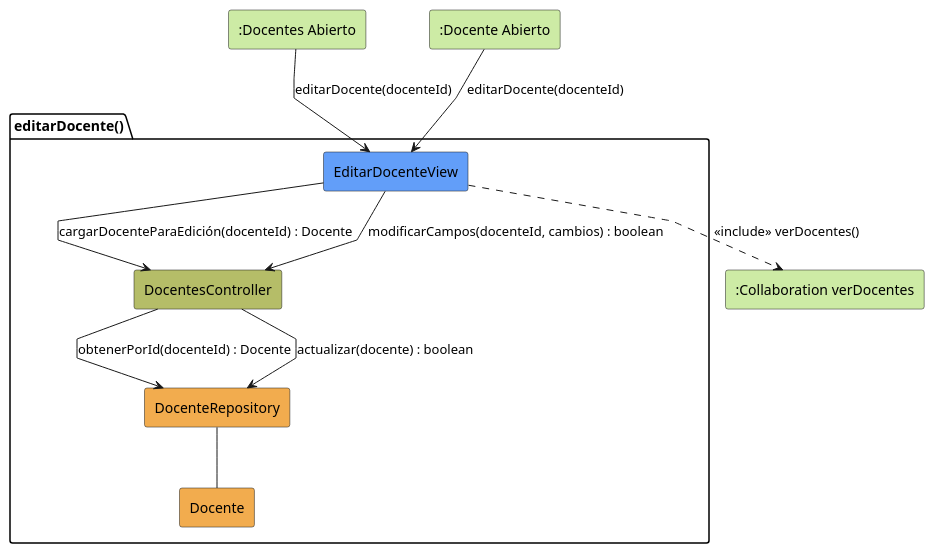
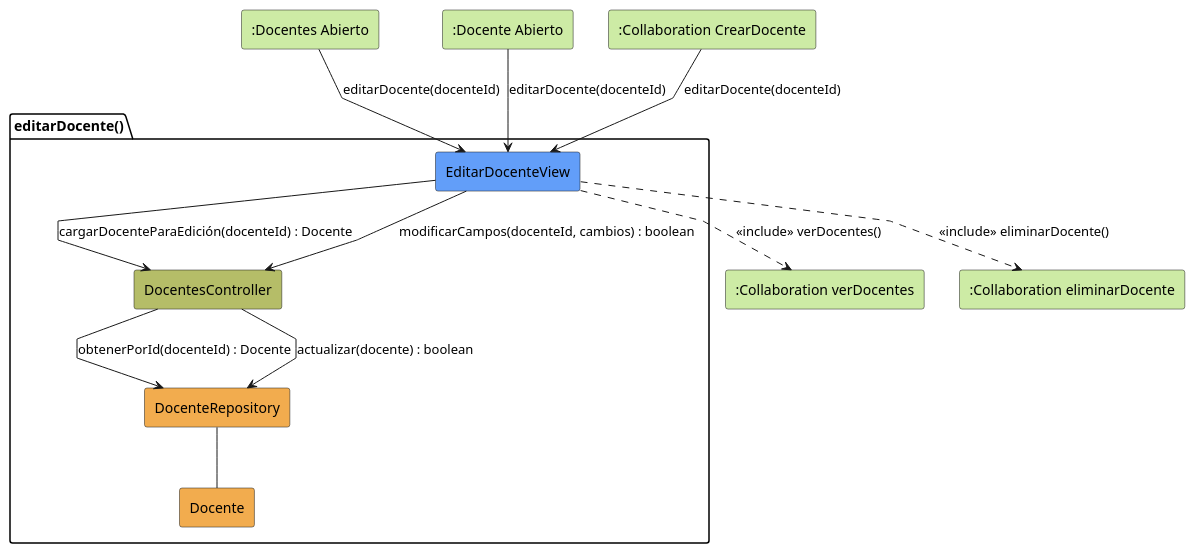
Before and after one commit to martinlopez7/25-26-idsw2-sdVC: the diagram in modelosUML/analisis/editarDocente/colaboracion.puml, drawn with PlantUML. The commit also changed 3 other files, not shown here.

Commit message:
fix: corrección análisis editarDocente

```diff
--- a/modelosUML/analisis/editarDocente/colaboracion.puml
+++ b/modelosUML/analisis/editarDocente/colaboracion.puml
@@ -1,30 +1,34 @@
 @startuml editarDocente-analisis
 skinparam linetype polyline
 
 rectangle #CDEBA5 ":Docentes Abierto" as DocentesAbierto
 rectangle #CDEBA5 ":Docente Abierto" as DocenteAbierto
+rectangle #CDEBA5 ":Collaboration CrearDocente" as CrearDocente
 rectangle #CDEBA5 ":Collaboration verDocentes" as VerDocentes
+rectangle #CDEBA5 ":Collaboration eliminarDocente" as EliminarDocente
 
 package editarDocente as "editarDocente()" {
     rectangle #629EF9 EditarDocenteView
     rectangle #b5bd68 DocentesController
     rectangle #F2AC4E DocenteRepository
     rectangle #F2AC4E Docente
 }
 
+CrearDocente --> EditarDocenteView: editarDocente(docenteId)
 DocentesAbierto --> EditarDocenteView: editarDocente(docenteId)
 DocenteAbierto --> EditarDocenteView: editarDocente(docenteId)
 
 EditarDocenteView -d-> DocentesController: cargarDocenteParaEdición(docenteId) : Docente
 
 DocentesController --> DocenteRepository: obtenerPorId(docenteId) : Docente
 
 EditarDocenteView --> DocentesController: modificarCampos(docenteId, cambios) : boolean
 
 DocentesController --> DocenteRepository: actualizar(docente) : boolean
 
 DocenteRepository -- Docente
 
 EditarDocenteView ..> VerDocentes: <<include>> verDocentes()
+EditarDocenteView ..> EliminarDocente: <<include>> eliminarDocente()
 
 @enduml
```
